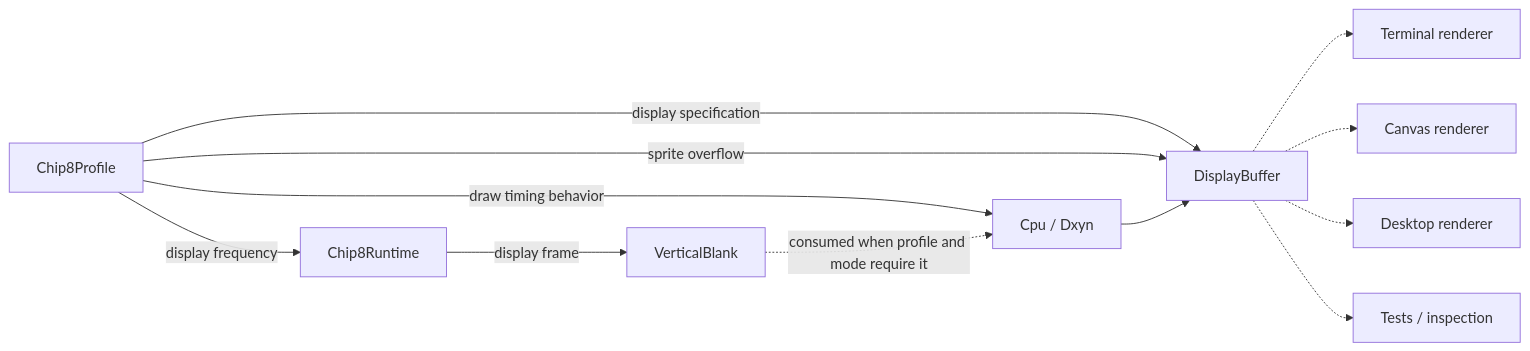
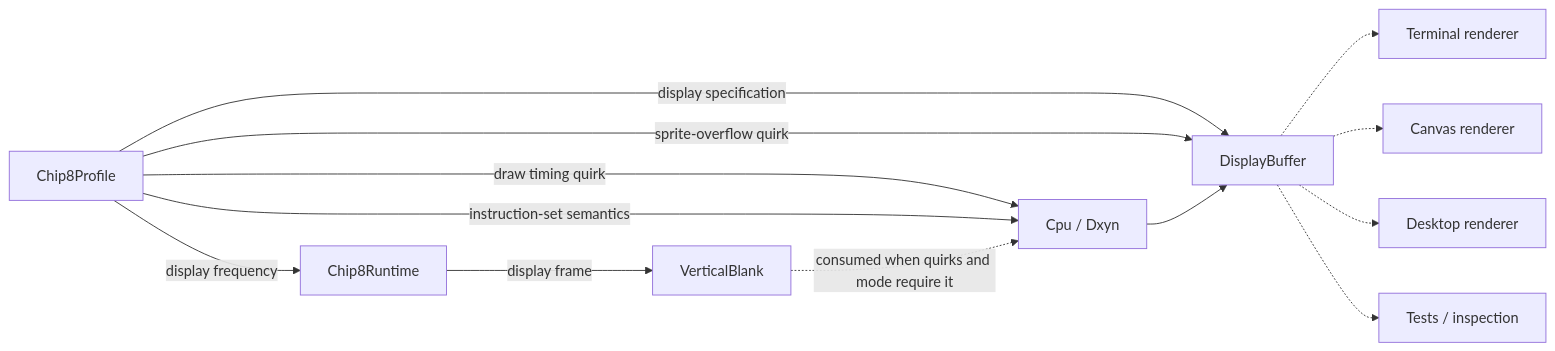
One commit to fa-ribeiro/Chip8NX changed the eighth of 9 diagrams in docs/architecture/overview.md. Above: the diagram before and after it, drawn with Mermaid. The commit also changed other lines of this file and 22 other files, not shown here.

Commit message:
docs: reconcile architecture and editorial structure

````diff
--- a/docs/architecture/overview.md
+++ b/docs/architecture/overview.md
@@ -344,26 +386,27 @@
 ```mermaid
 flowchart LR
     Profile["Chip8Profile"]
     Runtime["Chip8Runtime"]
     VBlank["VerticalBlank"]
     Cpu["Cpu / Dxyn"]
     Buffer["DisplayBuffer"]
     Terminal["Terminal renderer"]
     Canvas["Canvas renderer"]
     Desktop["Desktop renderer"]
     Tests["Tests / inspection"]
 
     Profile -->|"display specification"| Buffer
     Profile -->|"display frequency"| Runtime
-    Profile -->|"draw timing behavior"| Cpu
-    Profile -->|"sprite overflow"| Buffer
+    Profile -->|"draw timing quirk"| Cpu
+    Profile -->|"sprite-overflow quirk"| Buffer
+    Profile -->|"instruction-set semantics"| Cpu
 
     Runtime -->|"display frame"| VBlank
-    VBlank -.->|"consumed when profile and mode require it"| Cpu
+    VBlank -.->|"consumed when quirks and mode require it"| Cpu
     Cpu --> Buffer
 
     Buffer -.-> Terminal
     Buffer -.-> Canvas
     Buffer -.-> Desktop
     Buffer -.-> Tests
 ```
````
